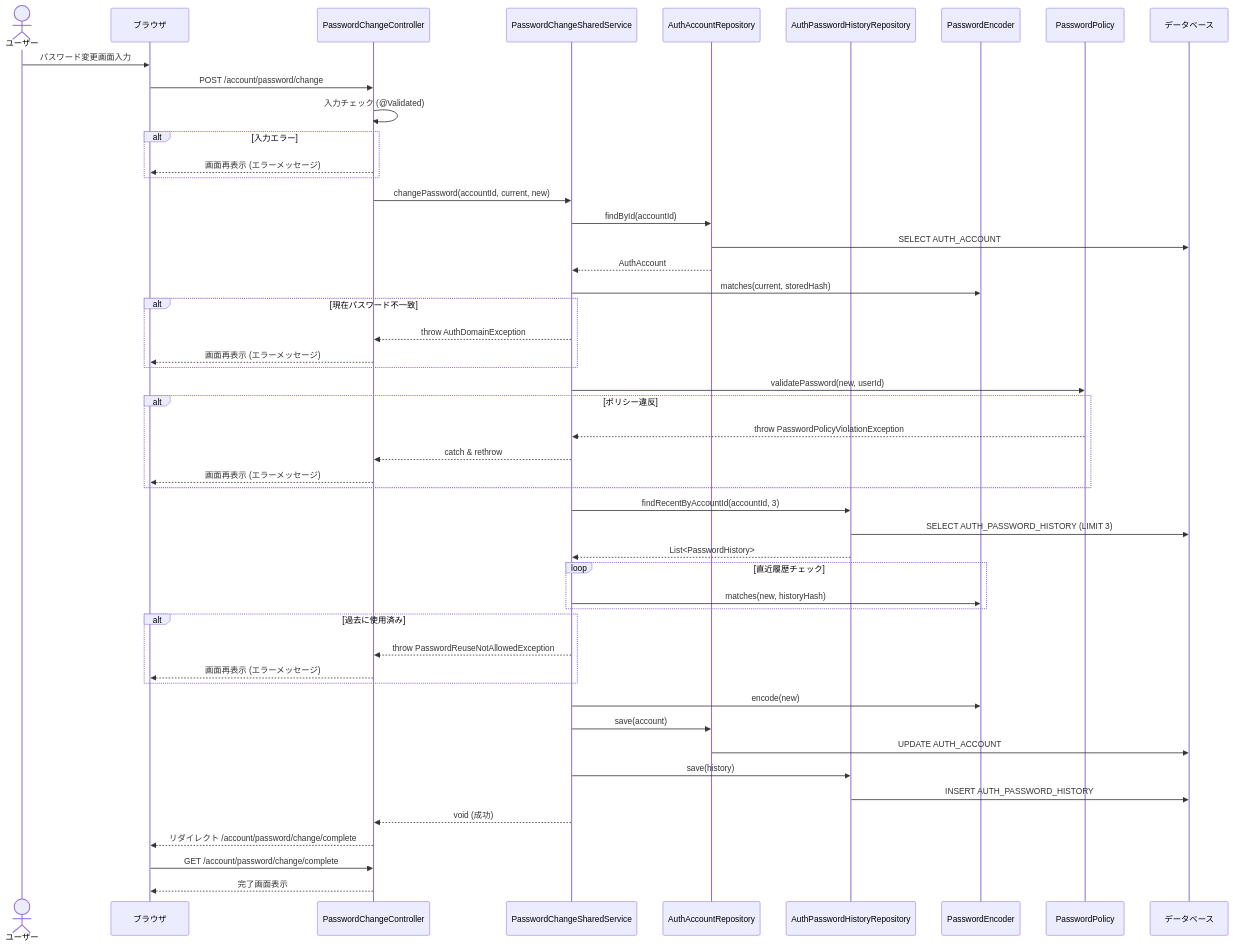
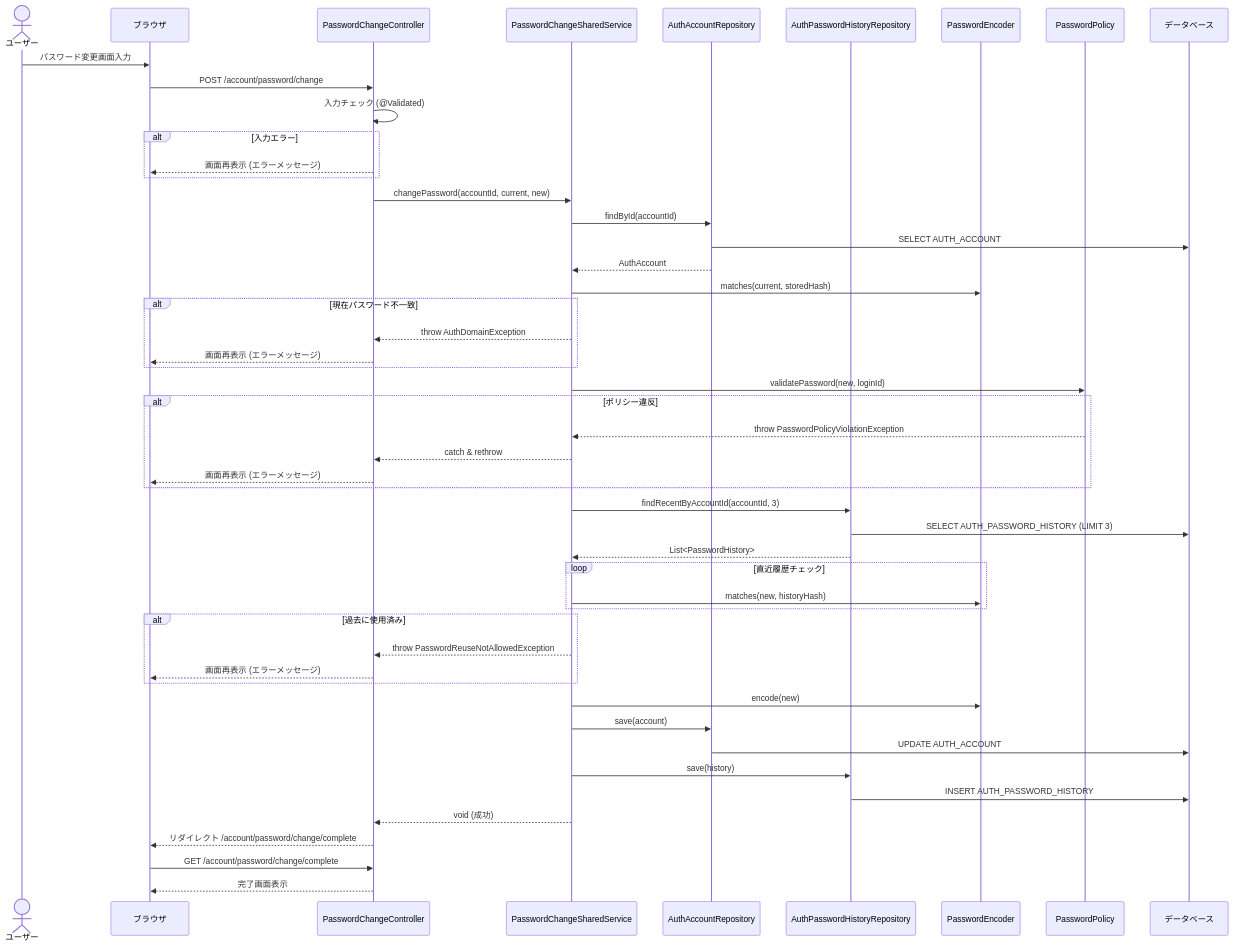
The second of 2 diagrams in sample-ec-site/ec-site/doc/AP基盤/オンライン設計/パスワード変更.md (myou0801/web-site-architecture), drawn with Mermaid before and after one commit. The commit also changed 56 other files, not shown here.

````diff
--- a/sample-ec-site/ec-site/doc/AP基盤/オンライン設計/パスワード変更.md
+++ b/sample-ec-site/ec-site/doc/AP基盤/オンライン設計/パスワード変更.md
@@ -59,65 +59,65 @@
 ```mermaid
 sequenceDiagram
     actor User as ユーザー
     participant Browser as ブラウザ
     participant Controller as PasswordChangeController
     participant SharedService as PasswordChangeSharedService
     participant Repo as AuthAccountRepository
     participant HistoryRepo as AuthPasswordHistoryRepository
     participant Encoder as PasswordEncoder
     participant Policy as PasswordPolicy
     participant DB as データベース
 
     User->>Browser: パスワード変更画面入力
     Browser->>Controller: POST /account/password/change
     
     Controller->>Controller: 入力チェック (@Validated)
     alt 入力エラー
         Controller-->>Browser: 画面再表示 (エラーメッセージ)
     end
     
     Controller->>SharedService: changePassword(accountId, current, new)
     
     SharedService->>Repo: findById(accountId)
     Repo->>DB: SELECT AUTH_ACCOUNT
     Repo-->>SharedService: AuthAccount
     
     SharedService->>Encoder: matches(current, storedHash)
     alt 現在パスワード不一致
         SharedService-->>Controller: throw AuthDomainException
         Controller-->>Browser: 画面再表示 (エラーメッセージ)
     end
     
-    SharedService->>Policy: validatePassword(new, userId)
+    SharedService->>Policy: validatePassword(new, loginId)
     alt ポリシー違反
         Policy-->>SharedService: throw PasswordPolicyViolationException
         SharedService-->>Controller: catch & rethrow
         Controller-->>Browser: 画面再表示 (エラーメッセージ)
     end
     
     SharedService->>HistoryRepo: findRecentByAccountId(accountId, 3)
     HistoryRepo->>DB: SELECT AUTH_PASSWORD_HISTORY (LIMIT 3)
     HistoryRepo-->>SharedService: List<PasswordHistory>
     
     loop 直近履歴チェック
         SharedService->>Encoder: matches(new, historyHash)
     end
     
     alt 過去に使用済み
         SharedService-->>Controller: throw PasswordReuseNotAllowedException
         Controller-->>Browser: 画面再表示 (エラーメッセージ)
     end
     
     SharedService->>Encoder: encode(new)
     SharedService->>Repo: save(account)
     Repo->>DB: UPDATE AUTH_ACCOUNT
     
     SharedService->>HistoryRepo: save(history)
     HistoryRepo->>DB: INSERT AUTH_PASSWORD_HISTORY
     
     SharedService-->>Controller: void (成功)
     
     Controller-->>Browser: リダイレクト /account/password/change/complete
     Browser->>Controller: GET /account/password/change/complete
     Controller-->>Browser: 完了画面表示
 ```
````
